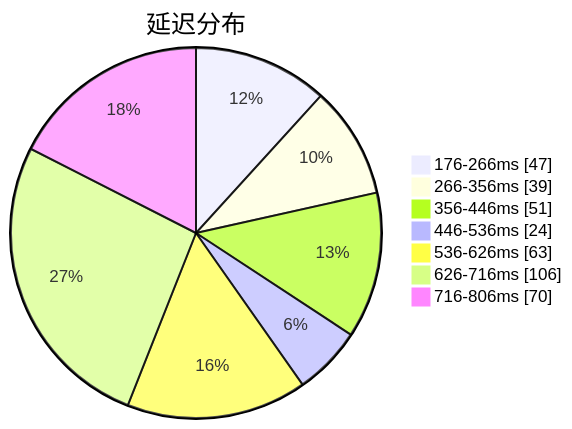
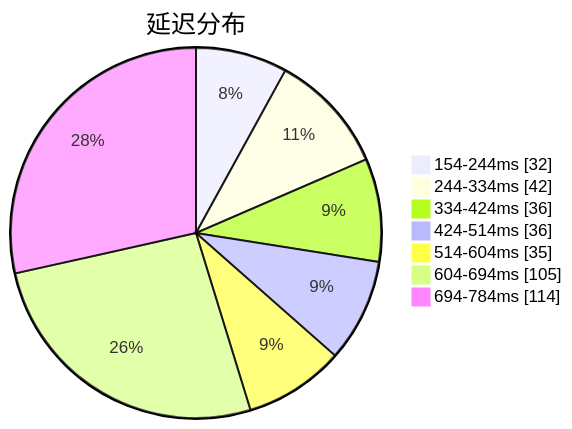
One commit to qjlxg/airport changed the first of 3 diagrams in subs/statistics/tested_within.md. Above: the diagram before and after it, drawn with Mermaid. The commit also changed other lines of this file and 2 other files, not shown here.

````diff
--- a/subs/statistics/tested_within.md
+++ b/subs/statistics/tested_within.md
@@ -2,11 +2,11 @@
 ```mermaid
 pie showData
 title 延迟分布
-"176-266ms" : 47
-"266-356ms" : 39
-"356-446ms" : 51
-"446-536ms" : 24
-"536-626ms" : 63
-"626-716ms" : 106
-"716-806ms" : 70
+"154-244ms" : 32
+"244-334ms" : 42
+"334-424ms" : 36
+"424-514ms" : 36
+"514-604ms" : 35
+"604-694ms" : 105
+"694-784ms" : 114
 ```
````
